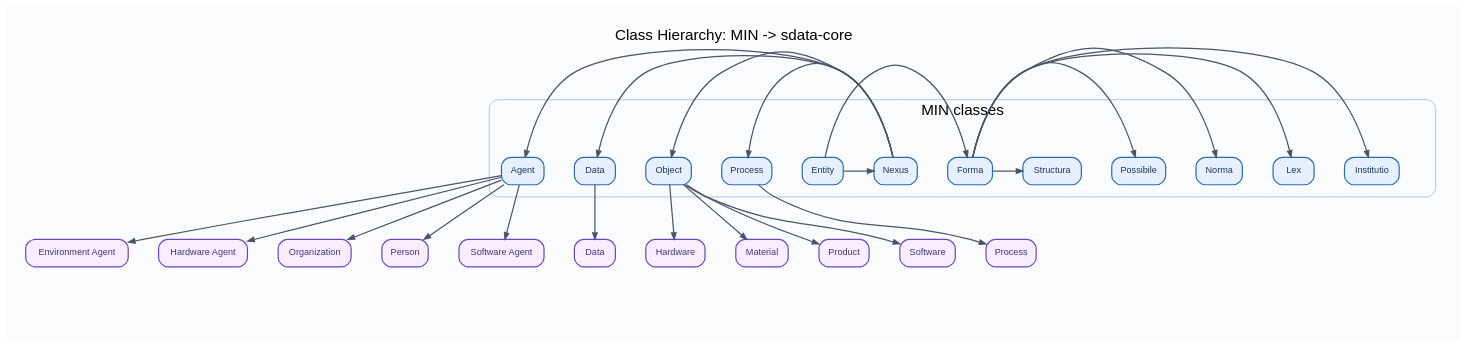
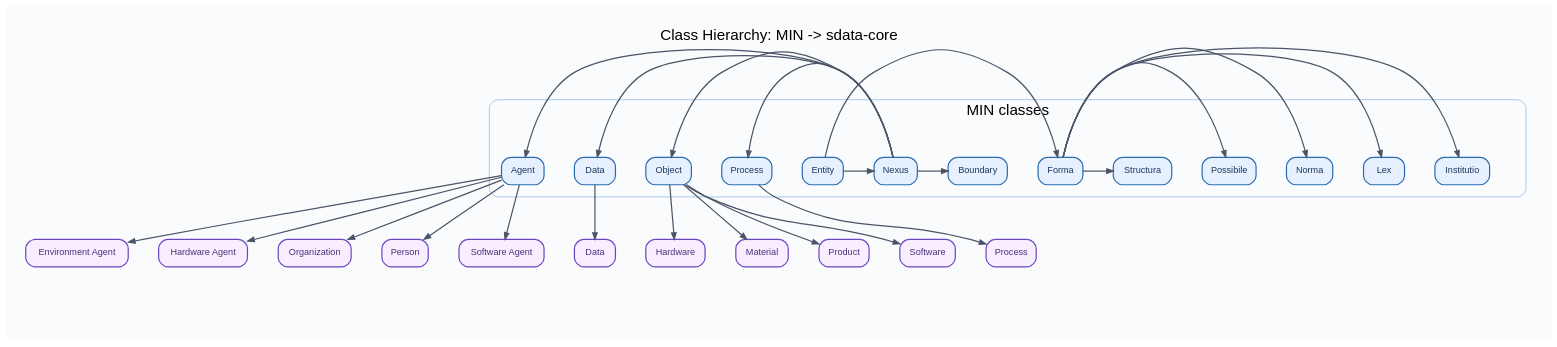
The diagram in docs/diagrams/sdata-min-core-hierarchy.dot (lepy/sdata-ontology), drawn with Graphviz before and after one commit. The commit also changed 30 other files, not shown here.

```diff
--- a/docs/diagrams/sdata-min-core-hierarchy.dot
+++ b/docs/diagrams/sdata-min-core-hierarchy.dot
@@ -1,182 +1,187 @@
 digraph "" {
 	graph [bgcolor="#FAFBFC",
 		compound=true,
 		fontname=Helvetica,
 		fontsize=20,
 		label="Class Hierarchy: MIN -> sdata-core",
 		labeljust=c,
 		labelloc=t,
 		newrank=true,
 		nodesep=0.55,
 		overlap=false,
 		pad=0.35,
 		rankdir=TB,
 		ranksep=1.0,
 		splines=true
 	];
 	node [fontname=Helvetica,
 		fontsize=12,
 		label="\N",
 		margin="0.14,0.08",
 		penwidth=1.6,
 		shape=box,
 		style="filled,rounded"
 	];
 	edge [arrowsize=0.85,
 		color="#4A5568",
 		fontname=Helvetica,
 		penwidth=1.6
 	];
-	subgraph cluster_min {
-		graph [color="#8FB7EA",
-			label="MIN classes",
-			rank=source,
-			style=rounded
-		];
-		subgraph cluster_min_rank {
-			graph [rank=same,
-				style=invis
-			];
-			"https://w3id.org/min#Agent"	[color="#2B6CB0",
-				fillcolor="#E7F0FF",
-				fontcolor="#1A365D",
-				label=Agent];
-			"https://w3id.org/min#Data"	[color="#2B6CB0",
-				fillcolor="#E7F0FF",
-				fontcolor="#1A365D",
-				label=Data];
-			"https://w3id.org/min#Object"	[color="#2B6CB0",
-				fillcolor="#E7F0FF",
-				fontcolor="#1A365D",
-				label=Object];
-			"https://w3id.org/min#Process"	[color="#2B6CB0",
-				fillcolor="#E7F0FF",
-				fontcolor="#1A365D",
-				label=Process];
-		}
-		"https://w3id.org/min#Entity"	[color="#2B6CB0",
-			fillcolor="#E7F0FF",
-			fontcolor="#1A365D",
-			label=Entity];
-		"https://w3id.org/min#Forma"	[color="#2B6CB0",
-			fillcolor="#E7F0FF",
-			fontcolor="#1A365D",
-			label=Forma];
-		"https://w3id.org/min#Institutio"	[color="#2B6CB0",
-			fillcolor="#E7F0FF",
-			fontcolor="#1A365D",
-			label=Institutio];
-		"https://w3id.org/min#Lex"	[color="#2B6CB0",
-			fillcolor="#E7F0FF",
-			fontcolor="#1A365D",
-			label=Lex];
-		"https://w3id.org/min#Nexus"	[color="#2B6CB0",
-			fillcolor="#E7F0FF",
-			fontcolor="#1A365D",
-			label=Nexus];
-		"https://w3id.org/min#Norma"	[color="#2B6CB0",
-			fillcolor="#E7F0FF",
-			fontcolor="#1A365D",
-			label=Norma];
-		"https://w3id.org/min#Possibile"	[color="#2B6CB0",
-			fillcolor="#E7F0FF",
-			fontcolor="#1A365D",
-			label=Possibile];
-		"https://w3id.org/min#Structura"	[color="#2B6CB0",
-			fillcolor="#E7F0FF",
-			fontcolor="#1A365D",
-			label=Structura];
-		__rank_anchor_min	[height=0.01,
-			label="",
-			shape=point,
-			style=invis,
-			width=0.01];
-	}
 	subgraph sdata_rank_agent_children {
 		graph [rank=same,
 			style=invis
 		];
 		"https://w3id.org/sdata/core/EnvironmentAgent"	[color="#6B46C1",
 			fillcolor="#F8EEFF",
 			fontcolor="#44337A",
 			label="Environment Agent"];
 		"https://w3id.org/sdata/core/HardwareAgent"	[color="#6B46C1",
 			fillcolor="#F8EEFF",
 			fontcolor="#44337A",
 			label="Hardware Agent"];
 		"https://w3id.org/sdata/core/Organization"	[color="#6B46C1",
 			fillcolor="#F8EEFF",
 			fontcolor="#44337A",
 			label=Organization];
 		"https://w3id.org/sdata/core/Person"	[color="#6B46C1",
 			fillcolor="#F8EEFF",
 			fontcolor="#44337A",
 			label=Person];
 		"https://w3id.org/sdata/core/SoftwareAgent"	[color="#6B46C1",
 			fillcolor="#F8EEFF",
 			fontcolor="#44337A",
 			label="Software Agent"];
 	}
 	subgraph sdata_rank_object_children {
 		graph [rank=same,
 			style=invis
 		];
 		"https://w3id.org/sdata/core/Hardware"	[color="#6B46C1",
 			fillcolor="#F8EEFF",
 			fontcolor="#44337A",
 			label=Hardware];
 		"https://w3id.org/sdata/core/Material"	[color="#6B46C1",
 			fillcolor="#F8EEFF",
 			fontcolor="#44337A",
 			label=Material];
 		"https://w3id.org/sdata/core/Product"	[color="#6B46C1",
 			fillcolor="#F8EEFF",
 			fontcolor="#44337A",
 			label=Product];
 		"https://w3id.org/sdata/core/Software"	[color="#6B46C1",
 			fillcolor="#F8EEFF",
 			fontcolor="#44337A",
 			label=Software];
 	}
+	subgraph cluster_min {
+		graph [color="#8FB7EA",
+			label="MIN classes",
+			rank=source,
+			style=rounded
+		];
+		subgraph cluster_min_rank {
+			graph [rank=same,
+				style=invis
+			];
+			"https://w3id.org/min#Agent"	[color="#2B6CB0",
+				fillcolor="#E7F0FF",
+				fontcolor="#1A365D",
+				label=Agent];
+			"https://w3id.org/min#Data"	[color="#2B6CB0",
+				fillcolor="#E7F0FF",
+				fontcolor="#1A365D",
+				label=Data];
+			"https://w3id.org/min#Object"	[color="#2B6CB0",
+				fillcolor="#E7F0FF",
+				fontcolor="#1A365D",
+				label=Object];
+			"https://w3id.org/min#Process"	[color="#2B6CB0",
+				fillcolor="#E7F0FF",
+				fontcolor="#1A365D",
+				label=Process];
+		}
+		"https://w3id.org/min#Boundary"	[color="#2B6CB0",
+			fillcolor="#E7F0FF",
+			fontcolor="#1A365D",
+			label=Boundary];
+		"https://w3id.org/min#Entity"	[color="#2B6CB0",
+			fillcolor="#E7F0FF",
+			fontcolor="#1A365D",
+			label=Entity];
+		"https://w3id.org/min#Forma"	[color="#2B6CB0",
+			fillcolor="#E7F0FF",
+			fontcolor="#1A365D",
+			label=Forma];
+		"https://w3id.org/min#Institutio"	[color="#2B6CB0",
+			fillcolor="#E7F0FF",
+			fontcolor="#1A365D",
+			label=Institutio];
+		"https://w3id.org/min#Lex"	[color="#2B6CB0",
+			fillcolor="#E7F0FF",
+			fontcolor="#1A365D",
+			label=Lex];
+		"https://w3id.org/min#Nexus"	[color="#2B6CB0",
+			fillcolor="#E7F0FF",
+			fontcolor="#1A365D",
+			label=Nexus];
+		"https://w3id.org/min#Norma"	[color="#2B6CB0",
+			fillcolor="#E7F0FF",
+			fontcolor="#1A365D",
+			label=Norma];
+		"https://w3id.org/min#Possibile"	[color="#2B6CB0",
+			fillcolor="#E7F0FF",
+			fontcolor="#1A365D",
+			label=Possibile];
+		"https://w3id.org/min#Structura"	[color="#2B6CB0",
+			fillcolor="#E7F0FF",
+			fontcolor="#1A365D",
+			label=Structura];
+		__rank_anchor_min	[height=0.01,
+			label="",
+			shape=point,
+			style=invis,
+			width=0.01];
+	}
 	"https://w3id.org/min#Agent" -> "https://w3id.org/sdata/core/EnvironmentAgent";
 	"https://w3id.org/min#Agent" -> "https://w3id.org/sdata/core/HardwareAgent";
 	"https://w3id.org/min#Agent" -> "https://w3id.org/sdata/core/Organization";
 	"https://w3id.org/min#Agent" -> "https://w3id.org/sdata/core/Person";
 	"https://w3id.org/min#Agent" -> "https://w3id.org/sdata/core/SoftwareAgent";
 	"https://w3id.org/sdata/core/Data"	[color="#6B46C1",
 		fillcolor="#F8EEFF",
 		fontcolor="#44337A",
 		label=Data];
 	"https://w3id.org/min#Data" -> "https://w3id.org/sdata/core/Data";
 	"https://w3id.org/min#Entity" -> "https://w3id.org/min#Forma";
 	"https://w3id.org/min#Entity" -> "https://w3id.org/min#Nexus";
 	"https://w3id.org/min#Forma" -> "https://w3id.org/min#Institutio";
 	"https://w3id.org/min#Forma" -> "https://w3id.org/min#Lex";
 	"https://w3id.org/min#Forma" -> "https://w3id.org/min#Norma";
 	"https://w3id.org/min#Forma" -> "https://w3id.org/min#Possibile";
 	"https://w3id.org/min#Forma" -> "https://w3id.org/min#Structura";
 	"https://w3id.org/min#Nexus" -> "https://w3id.org/min#Agent";
+	"https://w3id.org/min#Nexus" -> "https://w3id.org/min#Boundary";
 	"https://w3id.org/min#Nexus" -> "https://w3id.org/min#Data";
 	"https://w3id.org/min#Nexus" -> "https://w3id.org/min#Object";
 	"https://w3id.org/min#Nexus" -> "https://w3id.org/min#Process";
 	"https://w3id.org/min#Object" -> "https://w3id.org/sdata/core/Hardware";
 	"https://w3id.org/min#Object" -> "https://w3id.org/sdata/core/Material";
 	"https://w3id.org/min#Object" -> "https://w3id.org/sdata/core/Product";
 	"https://w3id.org/min#Object" -> "https://w3id.org/sdata/core/Software";
 	"https://w3id.org/sdata/core/Process"	[color="#6B46C1",
 		fillcolor="#F8EEFF",
 		fontcolor="#44337A",
 		label=Process];
 	"https://w3id.org/min#Process" -> "https://w3id.org/sdata/core/Process";
 	__rank_anchor_sdata	[height=0.01,
 		label="",
 		shape=point,
 		style=invis,
 		width=0.01];
 	__rank_anchor_min -> __rank_anchor_sdata	[color="#FFFFFF",
 		constraint=true,
 		ltail=cluster_min,
 		minlen=2,
 		style=invis,
 		weight=200];
 }
```
